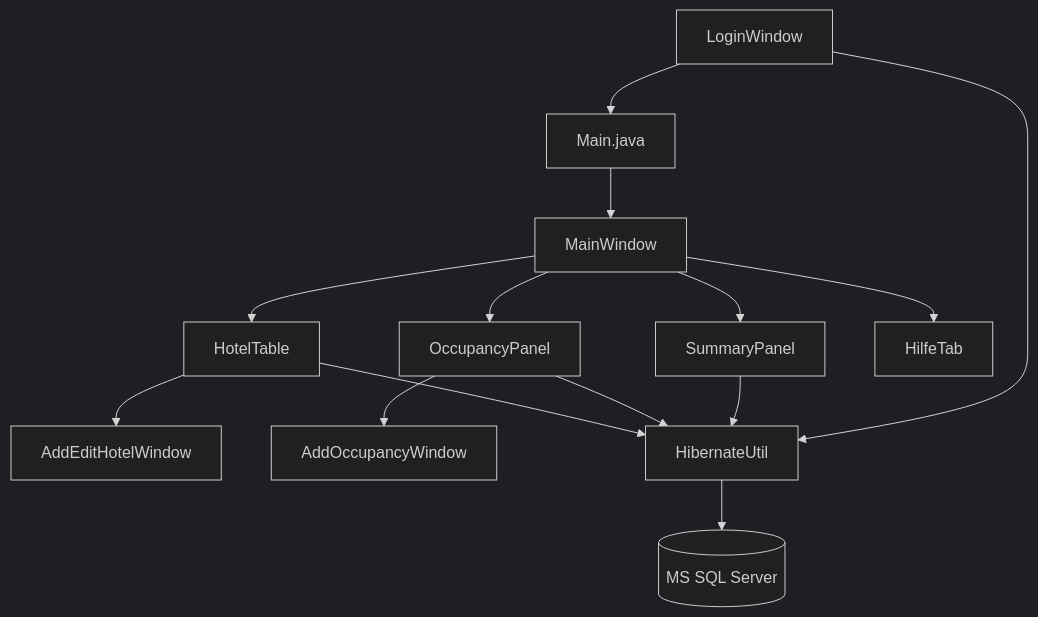
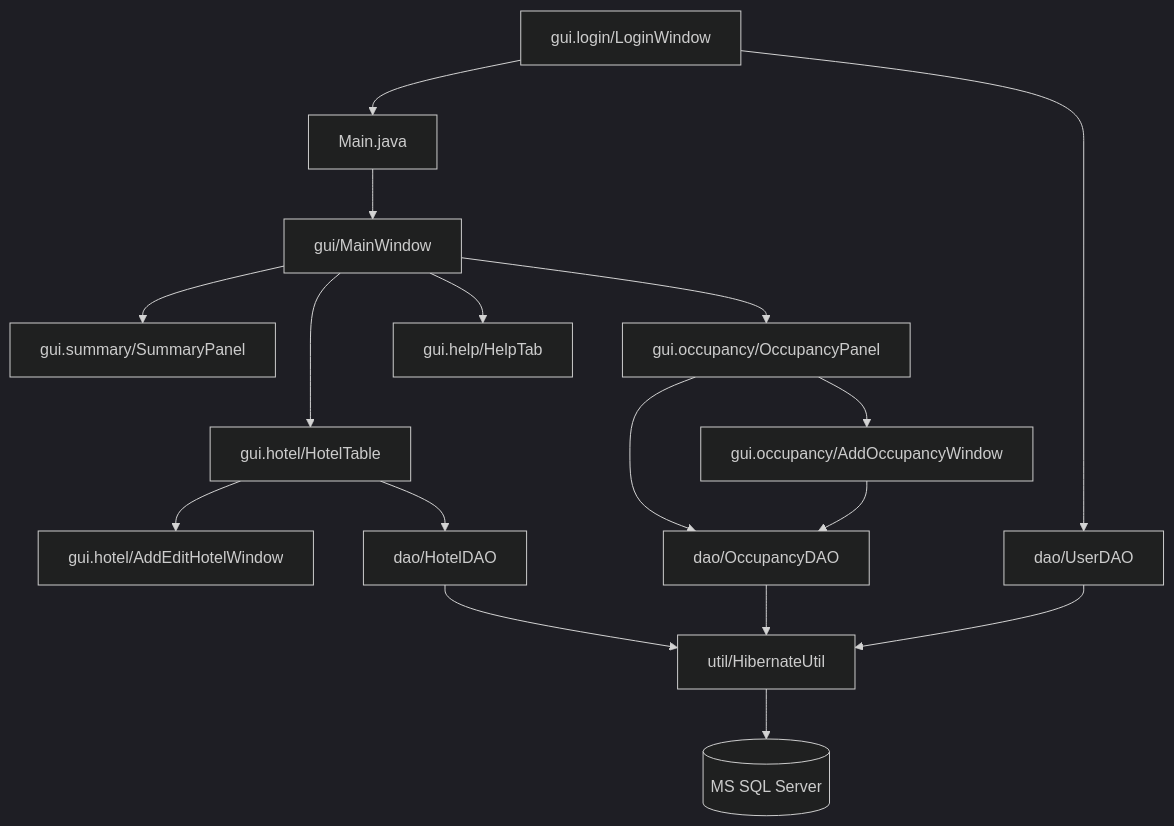
Before and after one commit to SophieEich/Austours: the first of 2 diagrams in TECHNICAL_DOCUMENTATION.md, drawn with Mermaid (dark theme). The commit also changed other lines of this file and 21 other files, not shown here.

Commit message:
reorganized file structure in GUI, ENTITY and DAO

````diff
--- a/TECHNICAL_DOCUMENTATION.md
+++ b/TECHNICAL_DOCUMENTATION.md
@@ -58,16 +59,19 @@
 ```mermaid
 graph TD
-    Login[LoginWindow] --> Main[Main.java]
-    Main --> MainWindow[MainWindow]
-    MainWindow --> Summary[SummaryPanel]
-    MainWindow --> Hotels[HotelTable]
-    MainWindow --> Occupancy[OccupancyPanel]
-    MainWindow --> Help[HilfeTab]
-    Hotels --> AddEdit[AddEditHotelWindow]
-    Occupancy --> AddOcc[AddOccupancyWindow]
-    Hotels --> HU[HibernateUtil]
-    Occupancy --> HU
-    Summary --> HU
-    Login --> HU
+    Login[gui.login/LoginWindow] --> Main[Main.java]
+    Main --> MainWindow[gui/MainWindow]
+    MainWindow --> Summary[gui.summary/SummaryPanel]
+    MainWindow --> Hotels[gui.hotel/HotelTable]
+    MainWindow --> Occupancy[gui.occupancy/OccupancyPanel]
+    MainWindow --> Help[gui.help/HelpTab]
+    Hotels --> AddEdit[gui.hotel/AddEditHotelWindow]
+    Occupancy --> AddOcc[gui.occupancy/AddOccupancyWindow]
+    Hotels --> HD[dao/HotelDAO]
+    Occupancy --> OD[dao/OccupancyDAO]
+    AddOcc --> OD
+    Login --> UD[dao/UserDAO]
+    HD --> HU[util/HibernateUtil]
+    OD --> HU
+    UD --> HU
     HU --> DB[(MS SQL Server)]
 ```
````
